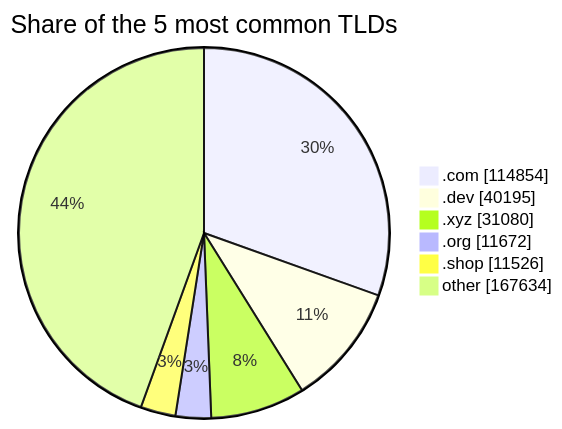
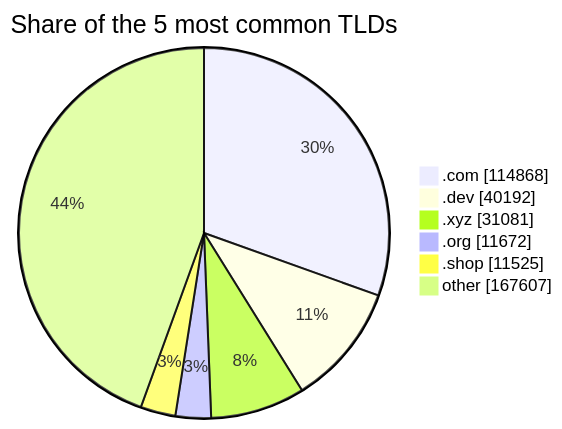
Before and after one commit to DNSBunker/CTI: the third of 3 diagrams in README.md, drawn with Mermaid. The commit also changed other lines of this file and 3 other files, not shown here.

````diff
--- a/README.md
+++ b/README.md
@@ -81,9 +81,9 @@
 ```mermaid
 pie showData title Share of the 5 most common TLDs
-    ".com" : 114854
-    ".dev" : 40195
-    ".xyz" : 31080
+    ".com" : 114868
+    ".dev" : 40192
+    ".xyz" : 31081
     ".org" : 11672
-    ".shop" : 11526
-    "other" : 167634
+    ".shop" : 11525
+    "other" : 167607
 ```
````
